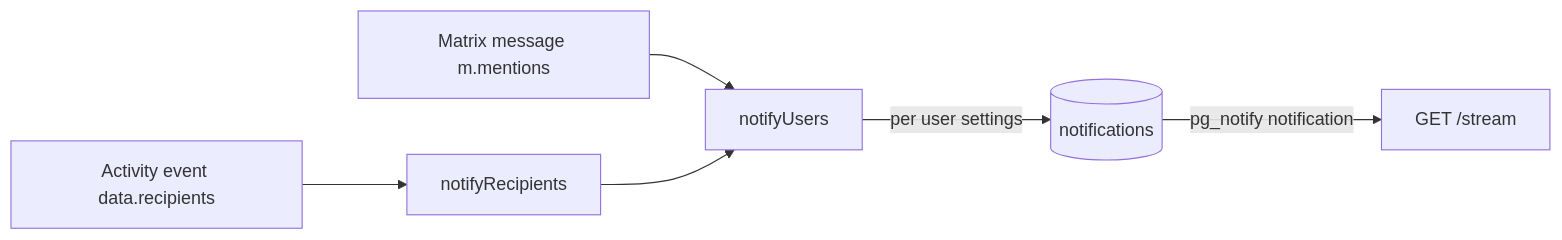
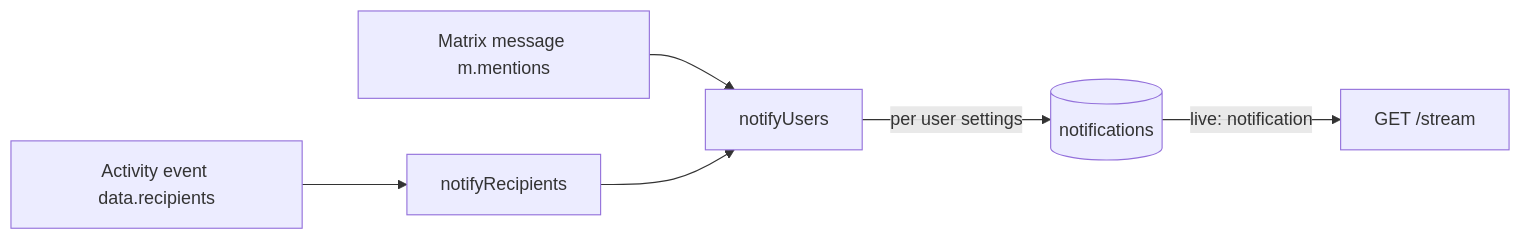
One commit to linagora/twake-space changed the fourth of 5 diagrams in docs/events.md. Above: the diagram before and after it, drawn with Mermaid. The commit also changed other lines of this file and 16 other files, not shown here.

First line of the commit message:
feat(backend): send live updates over RabbitMQ instead of Postgres NOTIFY

````diff
--- a/docs/events.md
+++ b/docs/events.md
@@ -261,8 +263,8 @@
 ```mermaid
 flowchart LR
   AE[Activity event data.recipients] --> NR[notifyRecipients]
   MM[Matrix message m.mentions] --> NU[notifyUsers]
   NR --> NU
   NU -->|per user settings| N[(notifications)]
-  N -->|pg_notify notification| SSE[GET /stream]
+  N -->|live: notification| SSE[GET /stream]
 ```
````
